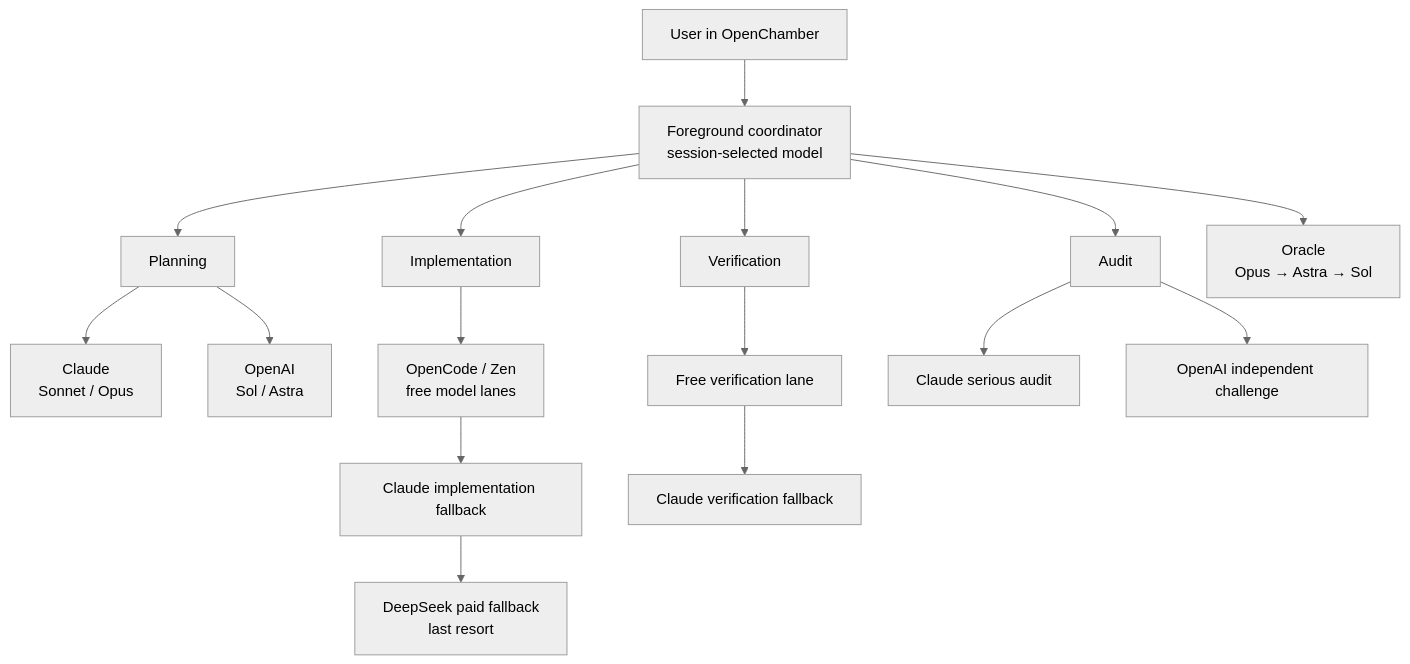
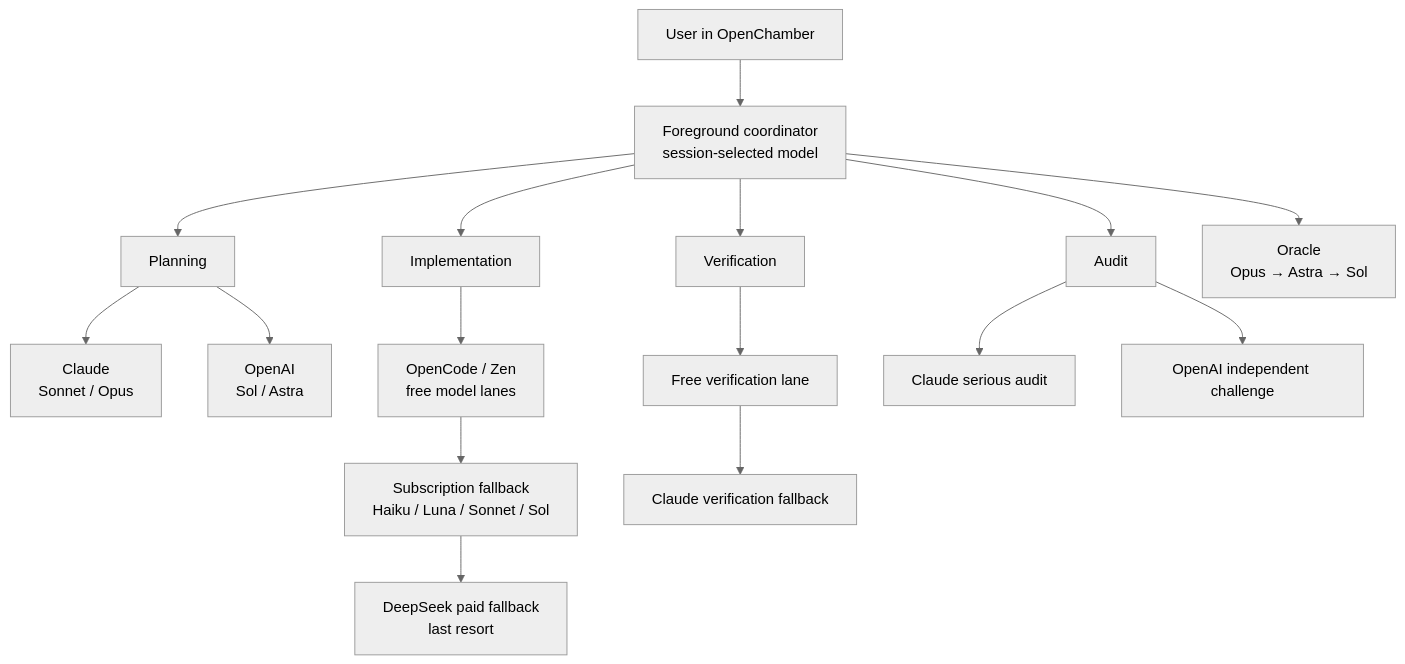
Before and after one commit to HrZizi/openchamber-omo-orchestration-kit: the diagram in README.md, drawn with Mermaid (neutral theme). The commit also changed other lines of this file and 4 other files, not shown here.

Commit message:
Adopt v2.1 reciprocal Haiku/Luna subscription routing

```diff
--- a/README.md
+++ b/README.md
@@ -107,24 +108,24 @@
 ~~~mermaid
 flowchart TD
     U[User in OpenChamber] --> F[Foreground coordinator<br/>session-selected model]
 
     F --> P[Planning]
     F --> I[Implementation]
     F --> V[Verification]
     F --> A[Audit]
 
     P --> C1[Claude<br/>Sonnet / Opus]
     P --> O1[OpenAI<br/>Sol / Astra]
 
     I --> Z[OpenCode / Zen<br/>free model lanes]
-    Z --> IC[Claude implementation fallback]
+    Z --> IC[Subscription fallback<br/>Haiku / Luna / Sonnet / Sol]
     IC --> D[DeepSeek paid fallback<br/>last resort]
 
     V --> ZV[Free verification lane]
     ZV --> VC[Claude verification fallback]
 
     A --> C2[Claude serious audit]
     A --> O2[OpenAI independent challenge]
 
     F --> OR[Oracle<br/>Opus → Astra → Sol]
 ~~~
```
